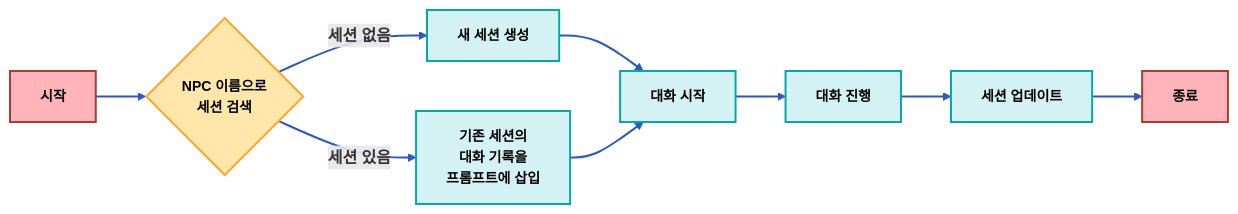
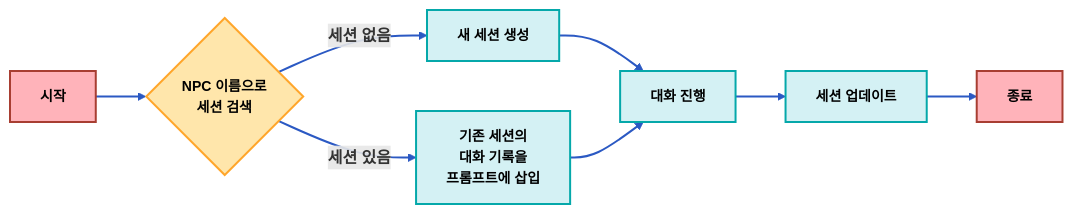
Before and after one commit to lsh210726/victroyShip: the diagram in README.md, drawn with Mermaid. The commit also changed other lines of this file, not shown here.

````diff
--- a/README.md
+++ b/README.md
@@ -41,22 +41,21 @@
    ```mermaid
 flowchart LR
     A["<b>시작</b>"] --> B{"<b>NPC 이름으로<br/>세션 검색</b>"}
     B -->|"<b>세션 없음</b>"| C["<b>새 세션 생성</b>"]
     B -->|"<b>세션 있음</b>"| D["<b>기존 세션의<br/>대화 기록을<br/>프롬프트에 삽입</b>"]
-    C --> E["<b>대화 시작</b>"]
+    C --> E["<b>대화 진행</b>"]
     D --> E
-    E --> F["<b>대화 진행</b>"]
-    F --> G["<b>세션 업데이트</b>"]
+    E --> G["<b>세션 업데이트</b>"]
     G --> H["<b>종료</b>"]
 
     classDef default fill:#f9f9f9,stroke:#333,stroke-width:2px,color:black,font-size:14px;
     classDef process fill:#d4f1f4,stroke:#05a8aa,stroke-width:2px,color:black,font-size:14px;
     classDef decision fill:#ffe6ab,stroke:#ffa62b,stroke-width:2px,color:black,font-size:14px;
     classDef start_end fill:#ffb3ba,stroke:#a83e32,stroke-width:2px,color:black,font-size:14px;
     
     class A,H start_end;
     class B decision;
     class C,D,E,F,G process;
     
     linkStyle default stroke:#2b59c3,stroke-width:2px;
    ```
````
